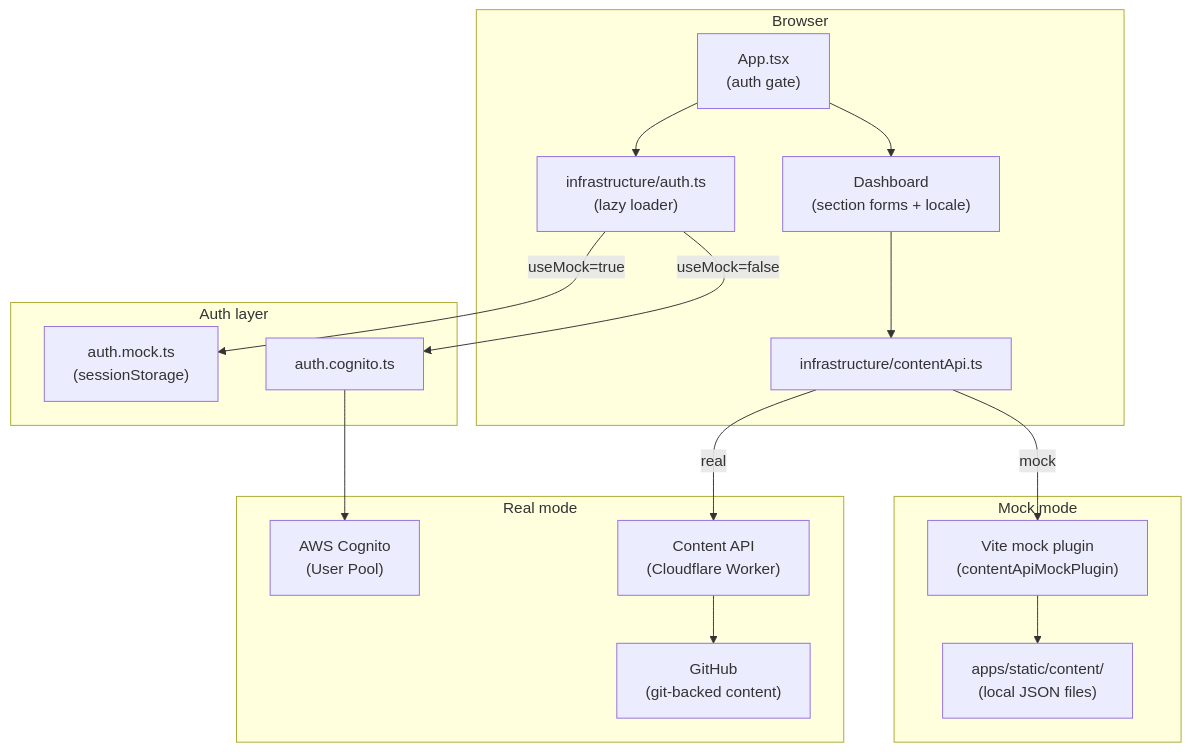
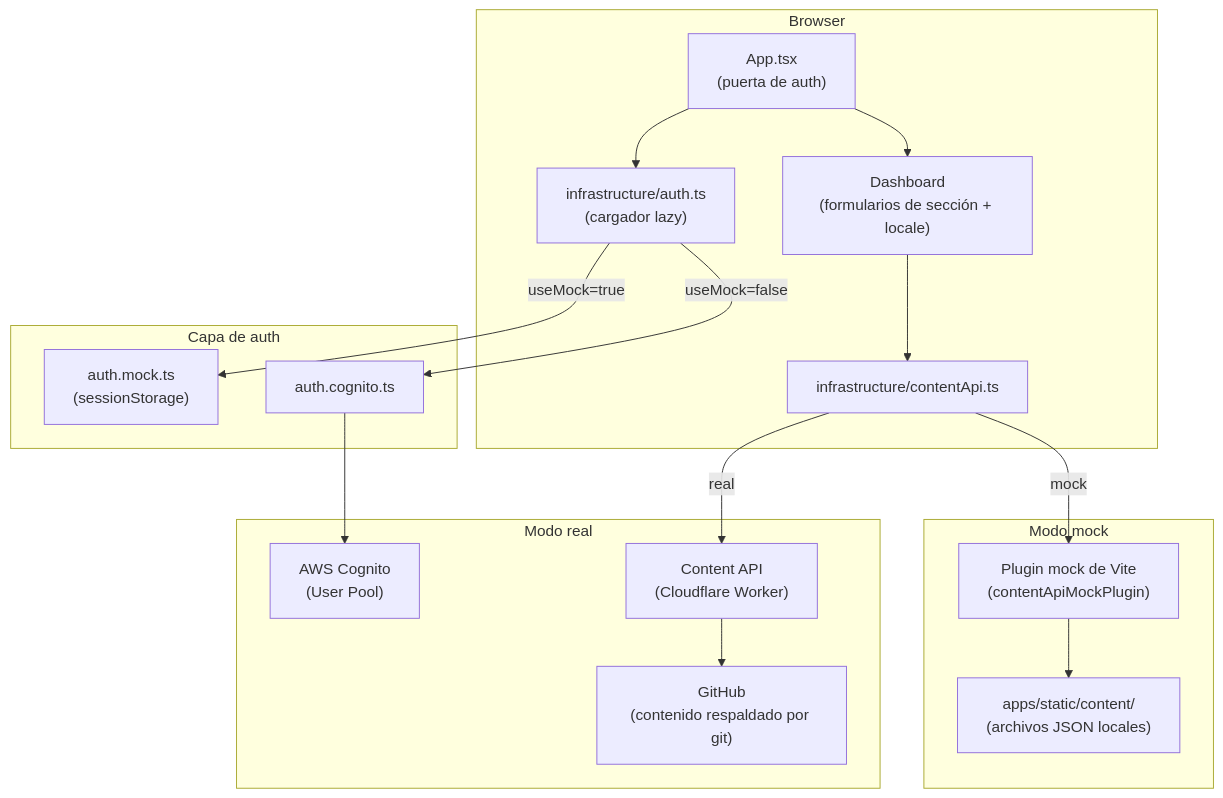
Before and after one commit to Bonae-Tech/bonae-tech: the first of 2 diagrams in apps/admin/README.md, drawn with Mermaid. The commit also changed other lines of this file and 43 other files, not shown here.

````diff
--- a/apps/admin/README.md
+++ b/apps/admin/README.md
@@ -56,36 +56,36 @@
 ```mermaid
 graph TD
     subgraph Browser
-        App["App.tsx\n(auth gate)"]
-        Dashboard["Dashboard\n(section forms + locale)"]
-        Auth["infrastructure/auth.ts\n(lazy loader)"]
+        App["App.tsx\n(puerta de auth)"]
+        Dashboard["Dashboard\n(formularios de sección + locale)"]
+        Auth["infrastructure/auth.ts\n(cargador lazy)"]
         API["infrastructure/contentApi.ts"]
     end
 
-    subgraph "Auth layer"
+    subgraph "Capa de auth"
         MockAuth["auth.mock.ts\n(sessionStorage)"]
         CognitoAuth["auth.cognito.ts"]
     end
 
-    subgraph "Real mode"
+    subgraph "Modo real"
         Cognito["AWS Cognito\n(User Pool)"]
         ContentAPI["Content API\n(Cloudflare Worker)"]
-        GitHub["GitHub\n(git-backed content)"]
+        GitHub["GitHub\n(contenido respaldado por git)"]
     end
 
-    subgraph "Mock mode"
-        VitePlugin["Vite mock plugin\n(contentApiMockPlugin)"]
-        LocalDisk["apps/static/content/\n(local JSON files)"]
+    subgraph "Modo mock"
+        VitePlugin["Plugin mock de Vite\n(contentApiMockPlugin)"]
+        LocalDisk["apps/static/content/\n(archivos JSON locales)"]
     end
 
     App --> Auth
     App --> Dashboard
     Dashboard --> API
     Auth -->|useMock=true| MockAuth
     Auth -->|useMock=false| CognitoAuth
     CognitoAuth --> Cognito
     API -->|real| ContentAPI
     ContentAPI --> GitHub
     API -->|mock| VitePlugin
     VitePlugin --> LocalDisk
 ```
````
